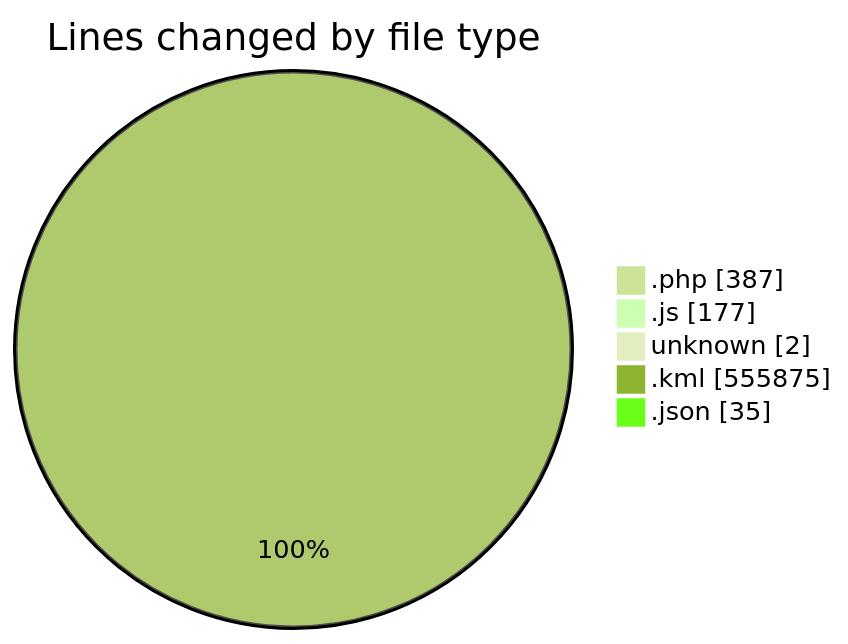
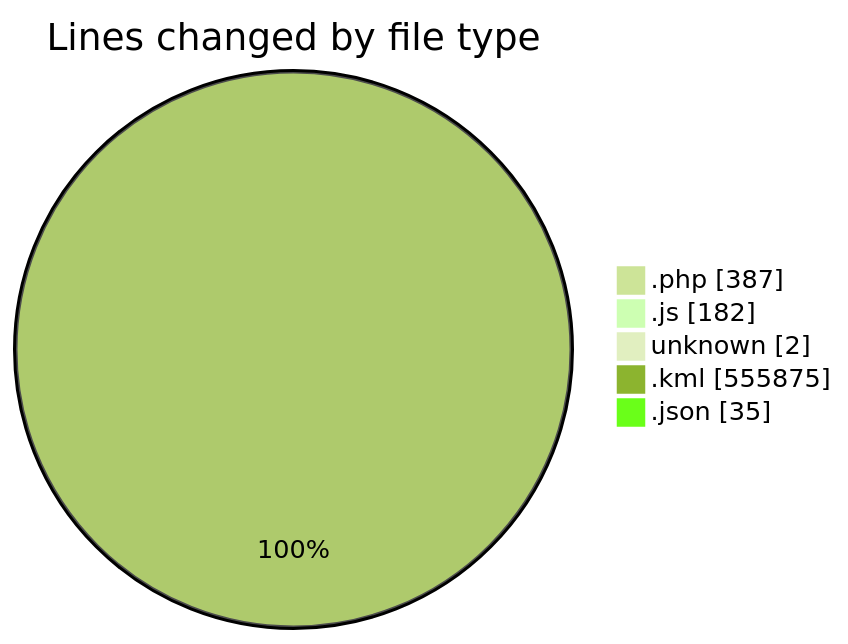
The first of 2 diagrams in 2025-03-26/kml/README.md (LanceThiago/code-tracking), drawn with Mermaid (forest theme) before and after one commit. The commit also changed other lines of this file and 1 other file, not shown here.

````diff
--- a/2025-03-26/kml/README.md
+++ b/2025-03-26/kml/README.md
@@ -26,9 +26,9 @@
 ```mermaid
 pie showData
 title Lines changed by file type
 ".php" : 387
-".js" : 177
+".js" : 182
 "unknown" : 2
 ".kml" : 555875
 ".json" : 35
 ```
````
